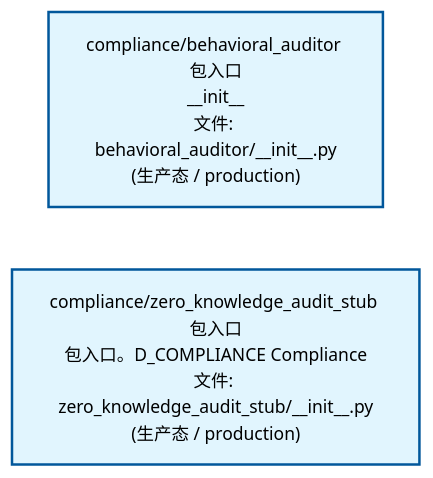
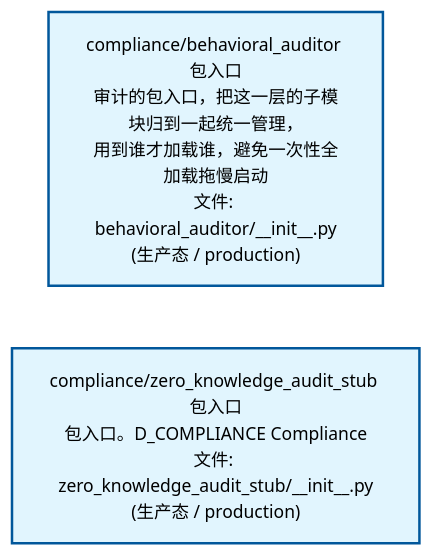
One commit to xuanFelixVan/ZephyrAlpha changed the second of 4 diagrams in docs/02_enterprise_architecture/02_domain_architecture_docs/38_d_compliance.md. Above: the diagram before and after it, drawn with Mermaid. The commit also changed other lines of this file and 63 other files, not shown here.

````diff
--- a/docs/02_enterprise_architecture/02_domain_architecture_docs/38_d_compliance.md
+++ b/docs/02_enterprise_architecture/02_domain_architecture_docs/38_d_compliance.md
@@ -91,12 +92,12 @@
 ```mermaid
 %%{init: {'theme': 'base', 'themeVariables': {'primaryColor': '#eaeaea', 'primaryTextColor': '#333333', 'primaryBorderColor': '#666666', 'lineColor': '#666666', 'secondaryColor': '#eaeaea', 'tertiaryColor': '#eaeaea', 'fontSize': '14px'}}}%%
 flowchart TD
-    src_zephyr_compliance_behavioral_auditor_init_py["compliance/behavioral_auditor 包入口<br/>__init__<br/>文件: behavioral_auditor/__init__.py<br/>(生产态 / production)"]
+    src_zephyr_compliance_behavioral_auditor_init_py["compliance/behavioral_auditor 包入口<br/>审计的包入口，把这一层的子模块归到一起统一管理，<br/>用到谁才加载谁，避免一次性全加载拖慢启动<br/>文件: behavioral_auditor/__init__.py<br/>(生产态 / production)"]
     src_zephyr_compliance_zero_knowledge_audit_stub_init_py["compliance/zero_knowledge_audit_stub 包入口<br/>包入口。D_COMPLIANCE Compliance<br/>文件: zero_knowledge_audit_stub/__init__.py<br/>(生产态 / production)"]
     src_zephyr_compliance_behavioral_auditor_init_py ~~~ src_zephyr_compliance_zero_knowledge_audit_stub_init_py
     classDef production fill:#e1f5fe,stroke:#01579b,stroke-width:2px,color:#000
     classDef design fill:#fff3e0,stroke:#e65100,stroke-width:2px,color:#000,stroke-dasharray: 5 5
     classDef external_prod fill:#e8f4fd,stroke:#0277bd,stroke-width:1px,color:#000
     classDef external_design fill:#fff8e7,stroke:#ef6c00,stroke-width:1px,color:#000,stroke-dasharray: 5 5
     class src_zephyr_compliance_behavioral_auditor_init_py,src_zephyr_compliance_zero_knowledge_audit_stub_init_py production
 ```
````
